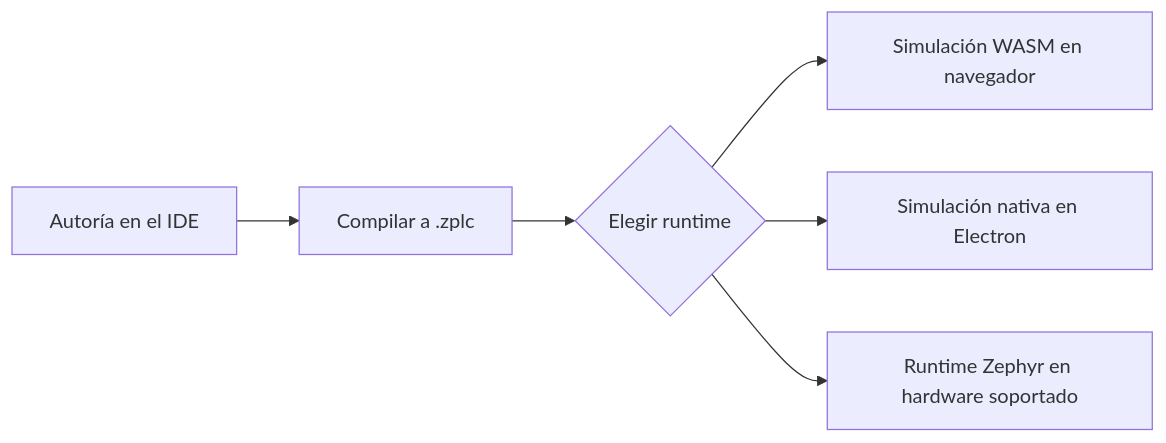
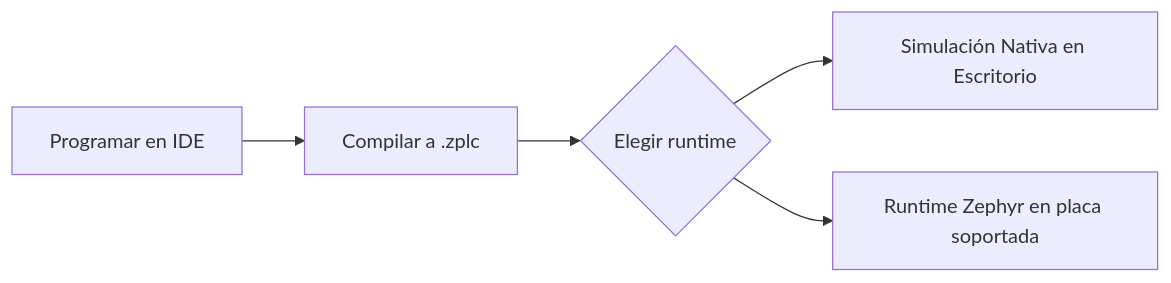
Before and after one commit to eduardojvieira/ZPLC: the diagram in docs/i18n/es/docusaurus-plugin-content-docs/current/getting-started/index.md, drawn with Mermaid. The commit also changed other lines of this file and 55 other files, not shown here.

````diff
--- a/docs/i18n/es/docusaurus-plugin-content-docs/current/getting-started/index.md
+++ b/docs/i18n/es/docusaurus-plugin-content-docs/current/getting-started/index.md
@@ -25,8 +22,7 @@
 ```mermaid
 flowchart LR
-  A[Autoría en el IDE] --> B[Compilar a .zplc]
+  A[Programar en IDE] --> B[Compilar a .zplc]
   B --> C{Elegir runtime}
-  C --> D[Simulación WASM en navegador]
-  C --> E[Simulación nativa en Electron]
-  C --> F[Runtime Zephyr en hardware soportado]
+  C --> E[Simulación Nativa en Escritorio]
+  C --> F[Runtime Zephyr en placa soportada]
 ```
````
